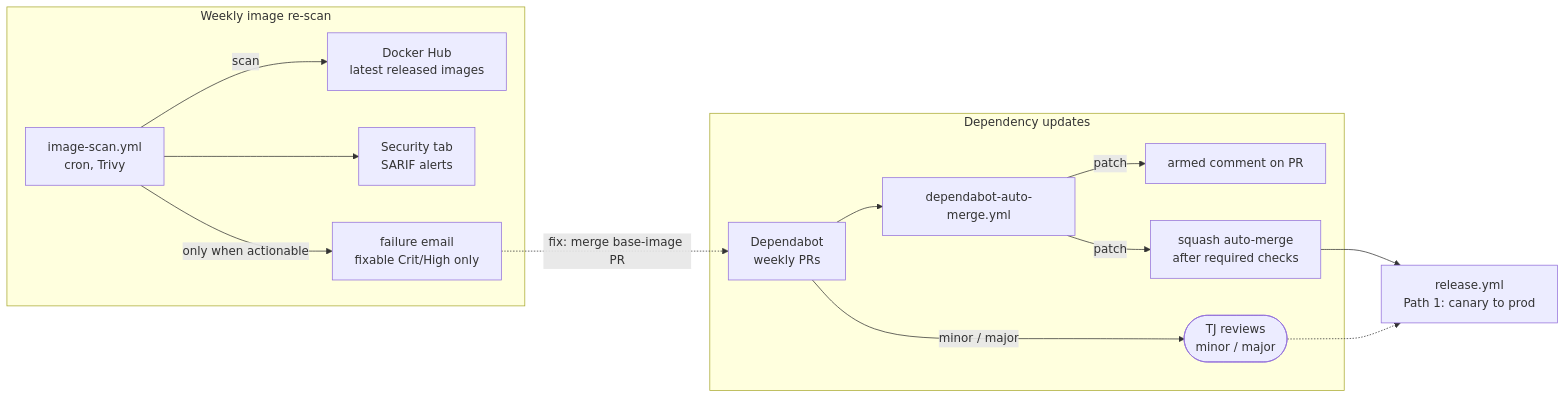
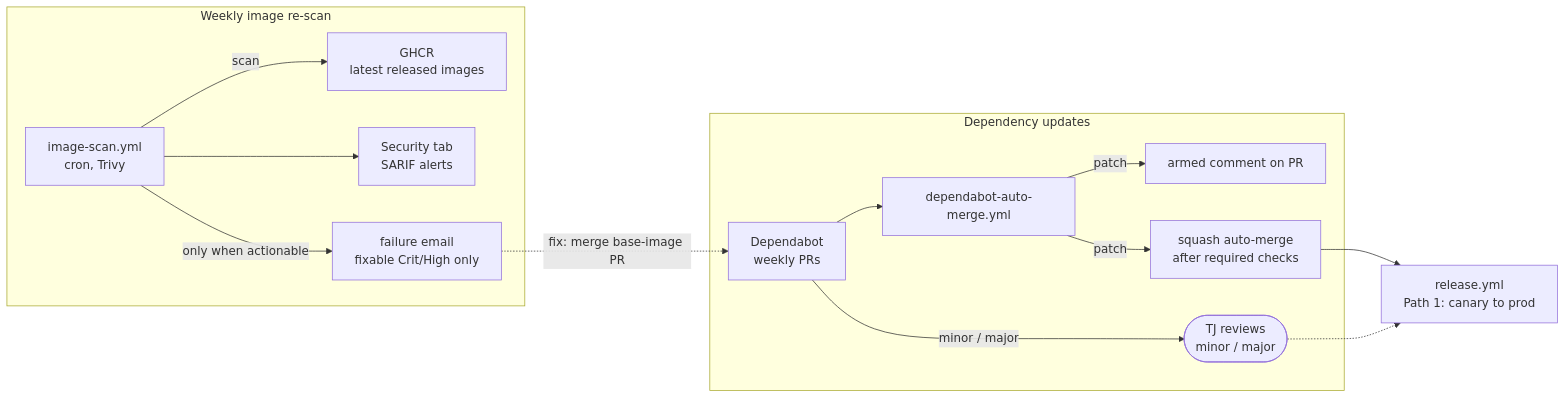
Before and after one commit to zimmertr/bluebird: the fifth of 6 diagrams in docs/CICD.md, drawn with Mermaid. The commit also changed other lines of this file and 21 other files, not shown here.

First line of the commit message:
ci: ship the images from GHCR (#891)

````diff
--- a/docs/CICD.md
+++ b/docs/CICD.md
@@ -1379,31 +1377,31 @@
 ```mermaid
 flowchart LR
     subgraph SCAN["Weekly image re-scan"]
         cron["image-scan.yml<br/>cron, Trivy"]
-        released["Docker Hub<br/>latest released images"]
+        released["GHCR<br/>latest released images"]
         sarif["Security tab<br/>SARIF alerts"]
         email["failure email<br/>fixable Crit/High only"]
     end
 
     subgraph DEP["Dependency updates"]
         bot["Dependabot<br/>weekly PRs"]
         am["dependabot-auto-merge.yml"]
         note["armed comment on PR"]
         merge["squash auto-merge<br/>after required checks"]
         review(["TJ reviews<br/>minor / major"])
     end
 
     rel["release.yml<br/>Path 1: canary to prod"]
 
     cron -->|scan| released
     cron --> sarif
     cron -->|only when actionable| email
     email -.->|fix: merge base-image PR| bot
 
     bot --> am
     am -->|patch| note
     am -->|patch| merge
     bot -->|minor / major| review
     merge --> rel
     review -.-> rel
 ```
````
